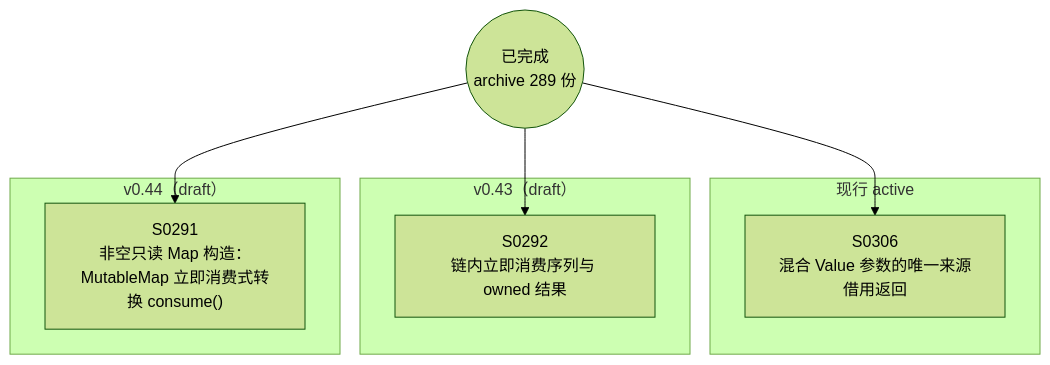
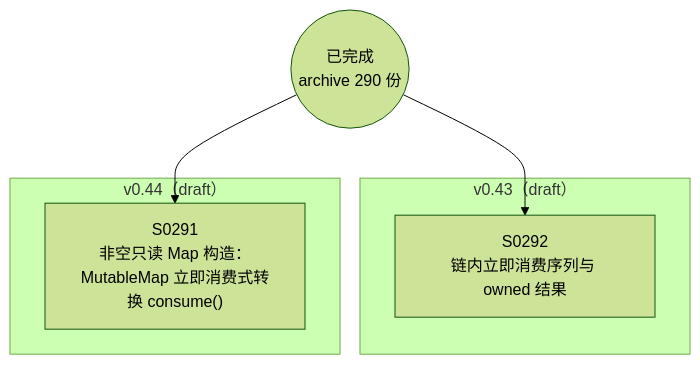
The diagram in docs/specs/dependency-graph.md (Halckon/Koven), drawn with Mermaid (forest theme) before and after one commit. The commit also changed other lines of this file and 9 other files, not shown here.

Commit message:
docs(spec): archive mixed Value borrow result after physical CI (SPEC-0306)

````diff
--- a/docs/specs/dependency-graph.md
+++ b/docs/specs/dependency-graph.md
@@ -9,16 +9,12 @@
 ```mermaid
 flowchart TD
-ARCH(("已完成<br/>archive 289 份"))
-subgraph Gactive["现行 active"]
-  S0306["S0306<br/>混合 Value 参数的唯一来源借用返回"]
-end
+ARCH(("已完成<br/>archive 290 份"))
 subgraph Gdrafts_v043["v0.43（draft）"]
   S0292["S0292<br/>链内立即消费序列与 owned 结果"]
 end
 subgraph Gdrafts_v044["v0.44（draft）"]
   S0291["S0291<br/>非空只读 Map 构造：MutableMap 立即消费式转换 consume()"]
 end
 ARCH --> S0291
 ARCH --> S0292
-ARCH --> S0306
 ```
````
